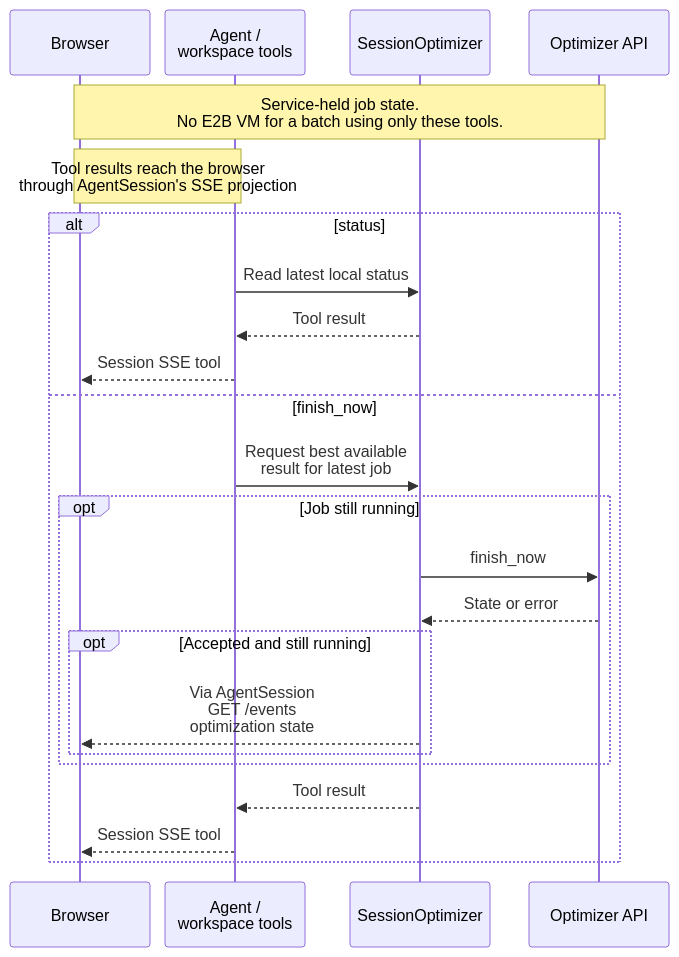
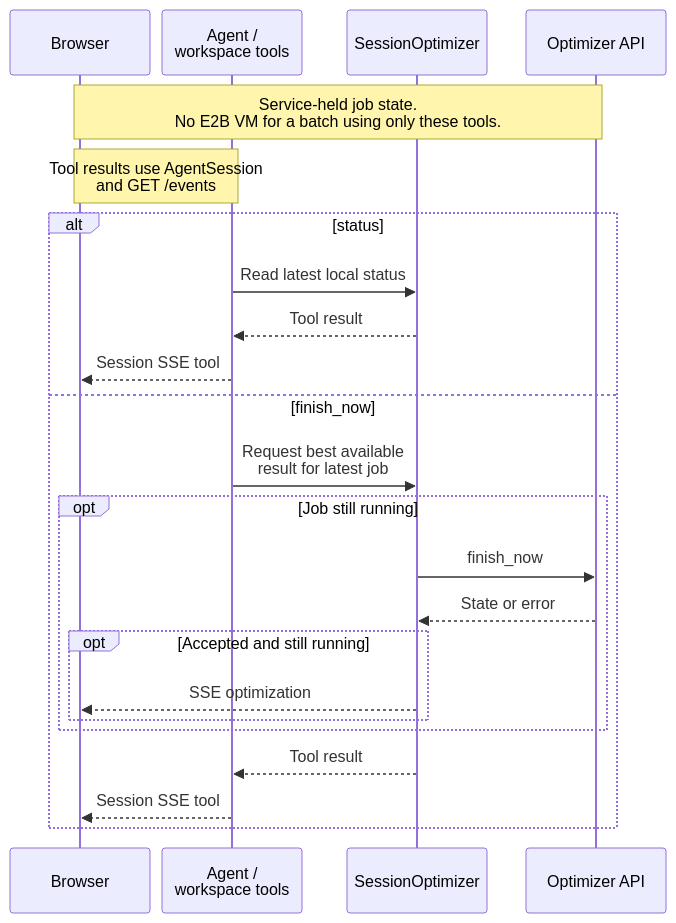
Before and after one commit to j3soon/nurse-scheduling: diagram 13 of 15 in docs/content/developer-guide/ai-assistant.md, drawn with Mermaid. The commit also changed other lines of this file and 1 other file, not shown here.

First line of the commit message:
docs(ai): clarify unified session events and diagrams

````diff
--- a/docs/content/developer-guide/ai-assistant.md
+++ b/docs/content/developer-guide/ai-assistant.md
@@ -656,37 +665,37 @@
 ```mermaid
 ---
 config:
   sequence:
     actorMargin: 12
     width: 140
     diagramMarginX: 4
     diagramMarginY: 8
     wrap: false
     wrapPadding: 4
 ---
 sequenceDiagram
     participant Browser
     participant Agent as Agent /<br/>workspace tools
     participant Jobs as SessionOptimizer
     participant API as Optimizer API
 
     Note over Browser,API: Service-held job state.<br/>No E2B VM for a batch using only these tools.
-    Note over Browser,Agent: Tool results reach the browser<br/>through AgentSession's SSE projection
+    Note over Browser,Agent: Tool results use AgentSession<br/>and GET /events
     alt status
         Agent->>Jobs: Read latest local status
         Jobs-->>Agent: Tool result
         Agent-->>Browser: Session SSE tool
     else finish_now
         Agent->>Jobs: Request best available<br/>result for latest job
         opt Job still running
             Jobs->>API: finish_now
             API-->>Jobs: State or error
             opt Accepted and still running
-                Jobs-->>Browser: Via AgentSession<br/>GET /events<br/>optimization state
+                Jobs-->>Browser: SSE optimization
             end
         end
         Jobs-->>Agent: Tool result
         Agent-->>Browser: Session SSE tool
     end
 
 ```
````
